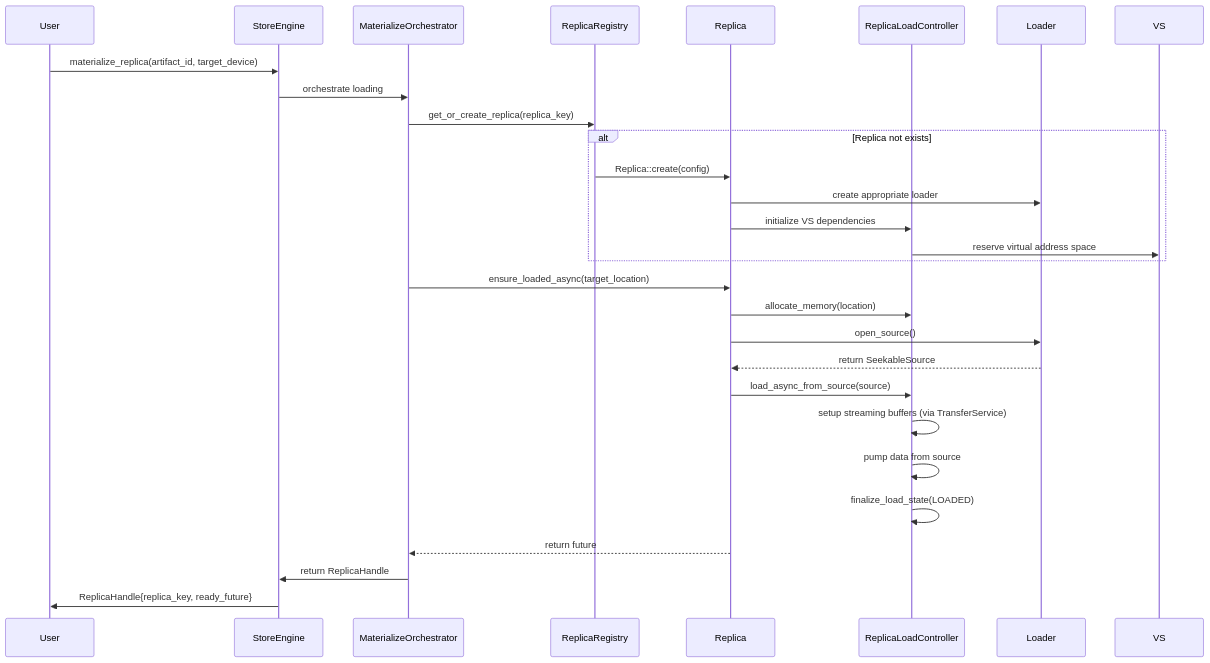
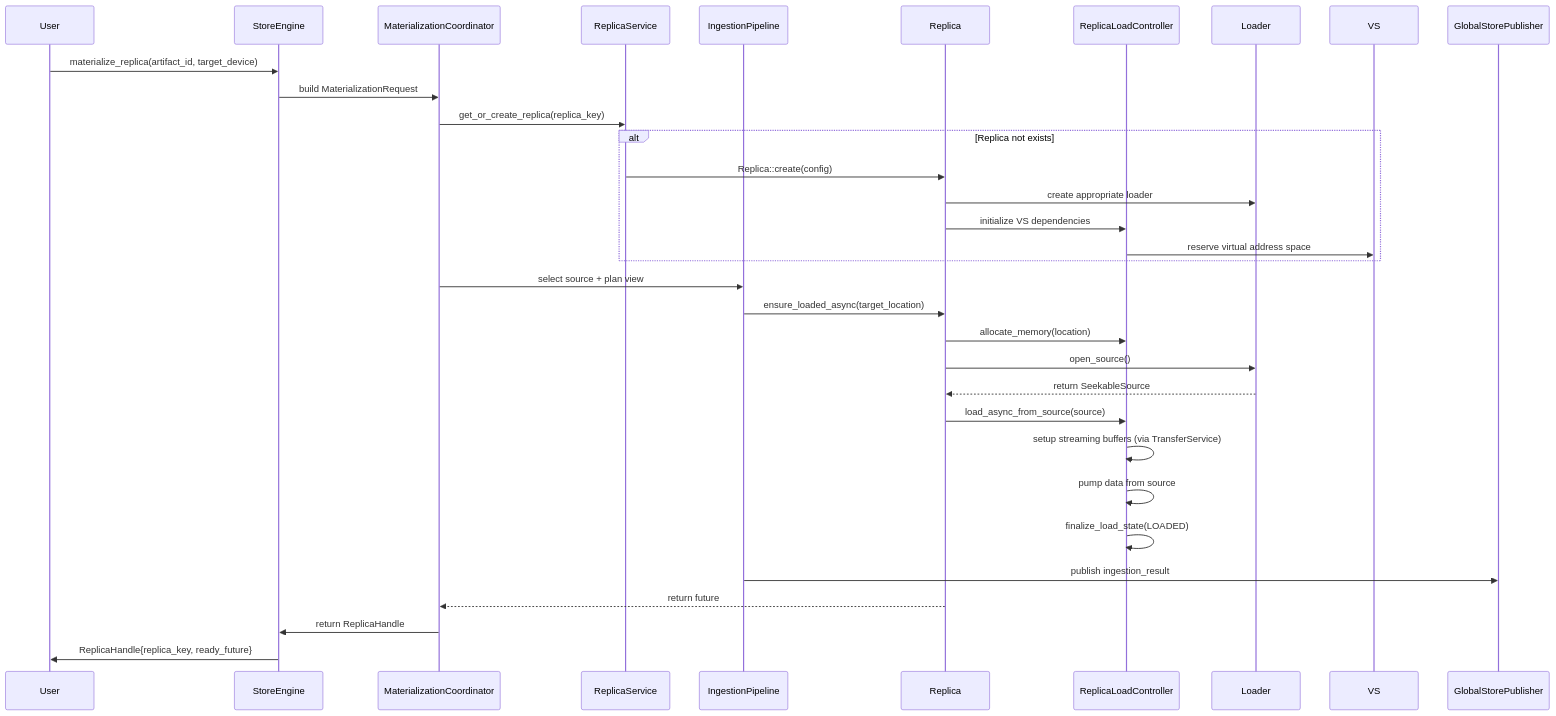
One commit to tensorcast-ai/tensorcast changed diagram 12 of 14 in core/store/docs/architecture.md. Above: the diagram before and after it, drawn with Mermaid. The commit also changed other lines of this file and 68 other files, not shown here.

Commit message:
refactor(store): enhance materialization pipeline and registration components

````diff
--- a/core/store/docs/architecture.md
+++ b/core/store/docs/architecture.md
@@ -474,36 +704,40 @@
 ```mermaid
 sequenceDiagram
     participant User
     participant CS as StoreEngine
-    participant PO as MaterializeOrchestrator
-    participant MR as ReplicaRegistry
+    participant MC as MaterializationCoordinator
+    participant RS as ReplicaService
+    participant IP as IngestionPipeline
     participant M as Replica
     participant MM as ReplicaLoadController
     participant L as Loader
     participant VS
+    participant GP as GlobalStorePublisher
 
     User->>CS: materialize_replica(artifact_id, target_device)
-    CS->>PO: orchestrate loading
-    PO->>MR: get_or_create_replica(replica_key)
+    CS->>MC: build MaterializationRequest
+    MC->>RS: get_or_create_replica(replica_key)
 
     alt Replica not exists
-        MR->>M: Replica::create(config)
+        RS->>M: Replica::create(config)
         M->>L: create appropriate loader
         M->>MM: initialize VS dependencies
         MM->>VS: reserve virtual address space
     end
 
-    PO->>M: ensure_loaded_async(target_location)
+    MC->>IP: select source + plan view
+    IP->>M: ensure_loaded_async(target_location)
     M->>MM: allocate_memory(location)
     M->>L: open_source()
     L-->>M: return SeekableSource
     M->>MM: load_async_from_source(source)
 
     MM->>MM: setup streaming buffers (via TransferService)
     MM->>MM: pump data from source
     MM->>MM: finalize_load_state(LOADED)
 
-    M-->>PO: return future
-    PO->>CS: return ReplicaHandle
+    IP->>GP: publish ingestion_result
+    M-->>MC: return future
+    MC->>CS: return ReplicaHandle
     CS->>User: ReplicaHandle{replica_key, ready_future}
 ```
````
